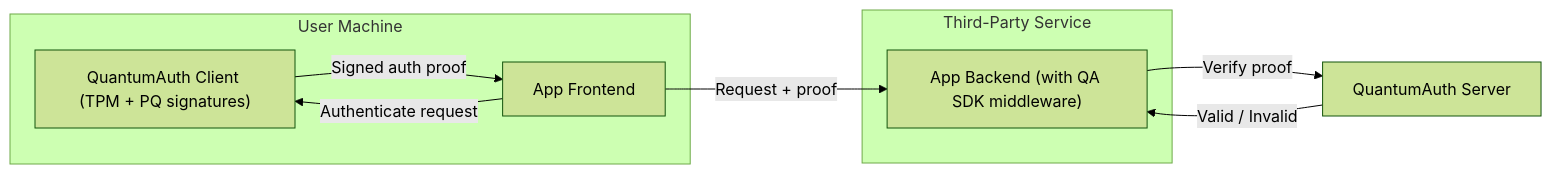
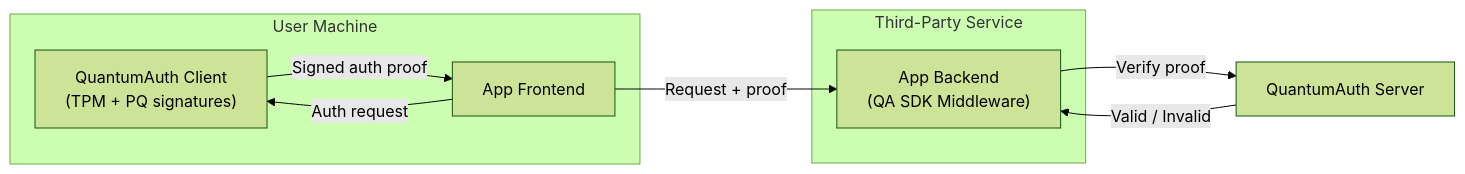
One commit to quantumauth-io/quantumauth-docs changed the first of 4 diagrams in docs/0-Introduction/architecture-overview.md. Above: the diagram before and after it, drawn with Mermaid (forest theme). The commit also changed other lines of this file and 12 other files, not shown here.

````diff
--- a/docs/0-Introduction/architecture-overview.md
+++ b/docs/0-Introduction/architecture-overview.md
@@ -20,19 +34,19 @@
 ```mermaid
 flowchart LR
     subgraph UserDevice["User Machine"]
-        QAClient["QuantumAuth Client (TPM + PQ signatures)"]
+        QAClient["QuantumAuth Client<br/>(TPM + PQ signatures)"]
         Browser["App Frontend"]
-        Browser -->|"Authenticate request"| QAClient
+        Browser -->|"Auth request"| QAClient
     end
 
     subgraph ThirdParty["Third-Party Service"]
-        AppBackend["App Backend (with QA SDK middleware)"]
+        AppBackend["App Backend<br/>(QA SDK Middleware)"]
     end
 
     QAServer["QuantumAuth Server"]
 
     QAClient -->|"Signed auth proof"| Browser
     Browser -->|"Request + proof"| AppBackend
     AppBackend -->|"Verify proof"| QAServer
     QAServer -->|"Valid / Invalid"| AppBackend
 ```
````
